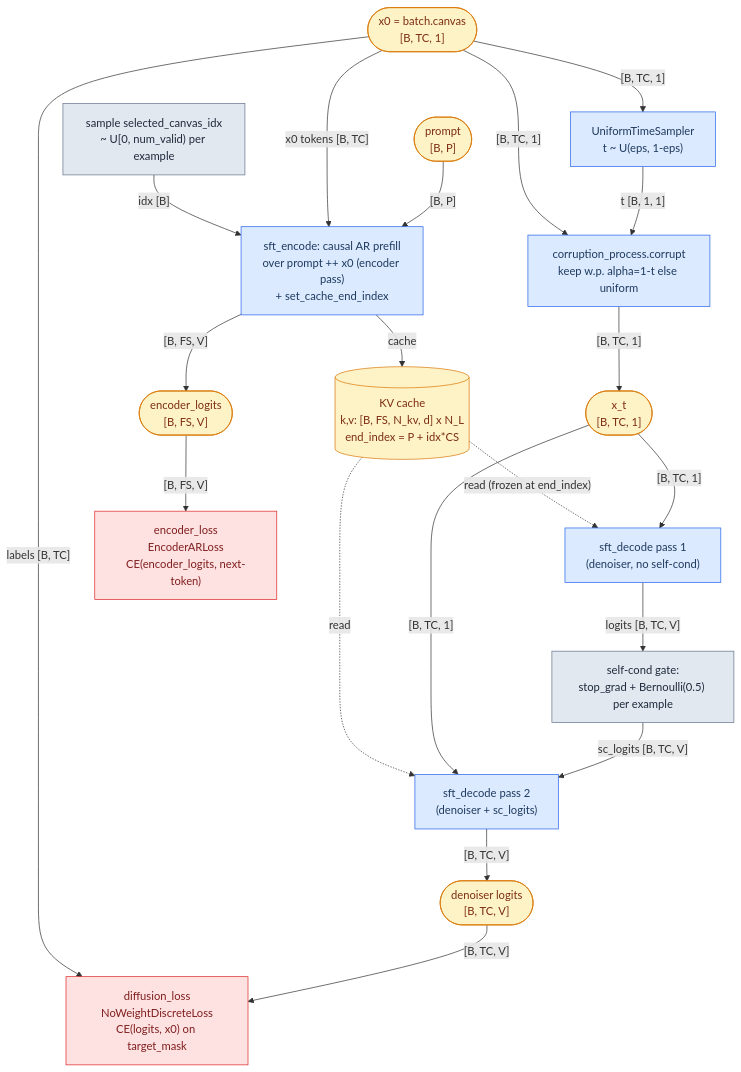
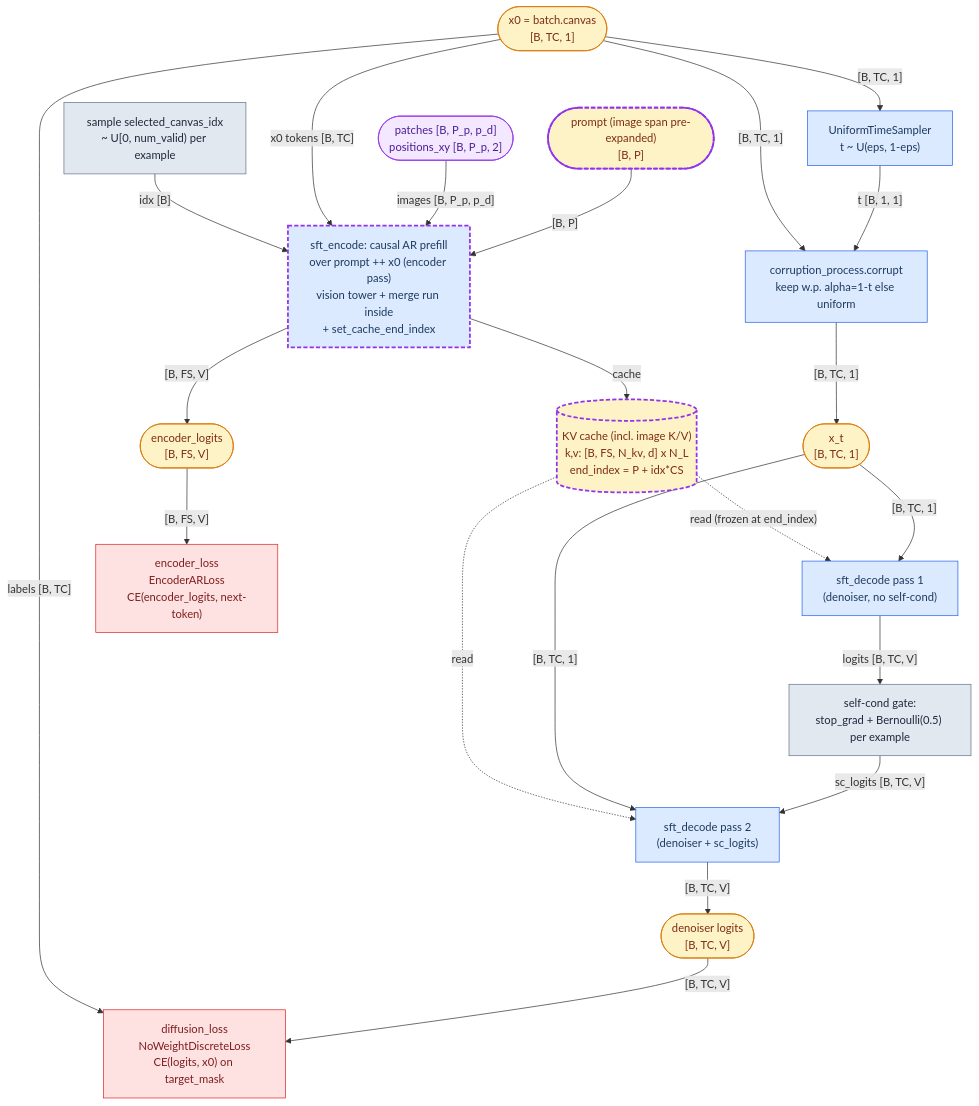
The diagram in docs/add-visual-inputs/mmd/l1-training-forward.mmd (xinshengqin/gemma), drawn with Mermaid before and after one commit. The commit also changed 13 other files, not shown here.

```diff
--- a/docs/add-visual-inputs/mmd/l1-training-forward.mmd
+++ b/docs/add-visual-inputs/mmd/l1-training-forward.mmd
@@ -1,43 +1,47 @@
 %% L1 — SFTDiffusion training forward (sft_model.py:276-431)
-%% P=prompt_len, CS=canvas_size, NC=num_canvases, TC=NC*CS, FS=P+TC
+%% P=prompt_len(384), CS=canvas_size, NC=num_canvases, TC=NC*CS, FS=P+TC
+%% MODIFIED for vision: images feed sft_encode; denoiser passes unchanged.
 flowchart TB
     x0(["x0 = batch.canvas<br/>[B, TC, 1]"]):::tensor
-    pr(["prompt<br/>[B, P]"]):::tensor
+    pr(["prompt (image span pre-expanded)<br/>[B, P]"]):::modtensor
+    imgp(["patches [B, P_p, p_d]<br/>positions_xy [B, P_p, 2]"]):::newtensor
     TS["UniformTimeSampler<br/>t ~ U(eps, 1-eps)"]:::module
     COR["corruption_process.corrupt<br/>keep w.p. alpha=1-t else uniform"]:::module
     xt(["x_t<br/>[B, TC, 1]"]):::tensor
     SEL["sample selected_canvas_idx<br/>~ U[0, num_valid) per example"]:::op
-    ENC["sft_encode: causal AR prefill<br/>over prompt ++ x0 (encoder pass)<br/>+ set_cache_end_index"]:::module
-    kv[("KV cache<br/>k,v: [B, FS, N_kv, d] x N_L<br/>end_index = P + idx*CS")]:::tensor
+    ENC["sft_encode: causal AR prefill<br/>over prompt ++ x0 (encoder pass)<br/>vision tower + merge run inside<br/>+ set_cache_end_index"]:::modmod
+    kv[("KV cache (incl. image K/V)<br/>k,v: [B, FS, N_kv, d] x N_L<br/>end_index = P + idx*CS")]:::modtensor
     elog(["encoder_logits<br/>[B, FS, V]"]):::tensor
     DEC1["sft_decode pass 1<br/>(denoiser, no self-cond)"]:::module
     SCG["self-cond gate:<br/>stop_grad + Bernoulli(0.5) per example"]:::op
     DEC2["sft_decode pass 2<br/>(denoiser + sc_logits)"]:::module
     dlog(["denoiser logits<br/>[B, TC, V]"]):::tensor
     DL["diffusion_loss<br/>NoWeightDiscreteLoss<br/>CE(logits, x0) on target_mask"]:::loss
     EL["encoder_loss<br/>EncoderARLoss<br/>CE(encoder_logits, next-token)"]:::loss
-
     x0 -- "[B, TC, 1]" --> TS
     TS -- "t [B, 1, 1]" --> COR
     x0 -- "[B, TC, 1]" --> COR
     COR -- "[B, TC, 1]" --> xt
     pr -- "[B, P]" --> ENC
+    imgp -- "images [B, P_p, p_d]" --> ENC
     x0 -- "x0 tokens [B, TC]" --> ENC
     SEL -- "idx [B]" --> ENC
     ENC -- "cache" --> kv
     ENC -- "[B, FS, V]" --> elog
     xt -- "[B, TC, 1]" --> DEC1
     kv -. "read (frozen at end_index)" .-> DEC1
     DEC1 -- "logits [B, TC, V]" --> SCG
     SCG -- "sc_logits [B, TC, V]" --> DEC2
     xt -- "[B, TC, 1]" --> DEC2
     kv -. "read" .-> DEC2
     DEC2 -- "[B, TC, V]" --> dlog
     dlog -- "[B, TC, V]" --> DL
     x0 -- "labels [B, TC]" --> DL
     elog -- "[B, FS, V]" --> EL
-
     classDef module fill:#dbeafe,stroke:#2563eb,color:#1e3a5f
     classDef op fill:#e2e8f0,stroke:#64748b,color:#1e293b
     classDef tensor fill:#fef3c7,stroke:#d97706,color:#7c2d12
     classDef loss fill:#fee2e2,stroke:#dc2626,color:#7f1d1d
+    classDef newtensor fill:#f3e8ff,stroke:#9333ea,color:#4c1d95
+    classDef modmod fill:#dbeafe,stroke:#9333ea,stroke-width:2.5px,stroke-dasharray:6 3,color:#1e3a5f
+    classDef modtensor fill:#fef3c7,stroke:#9333ea,stroke-width:2.5px,stroke-dasharray:6 3,color:#7c2d12
```
